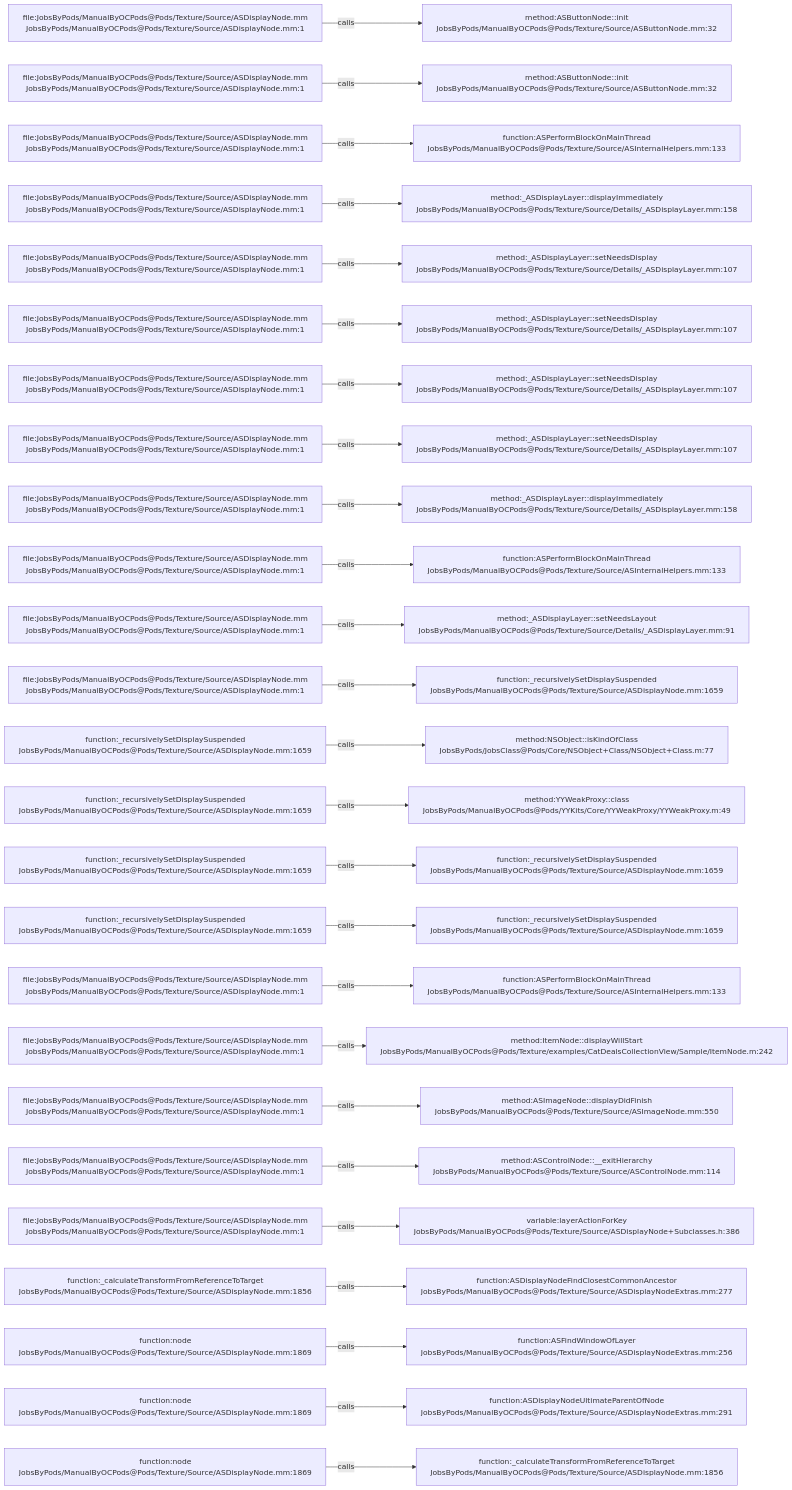
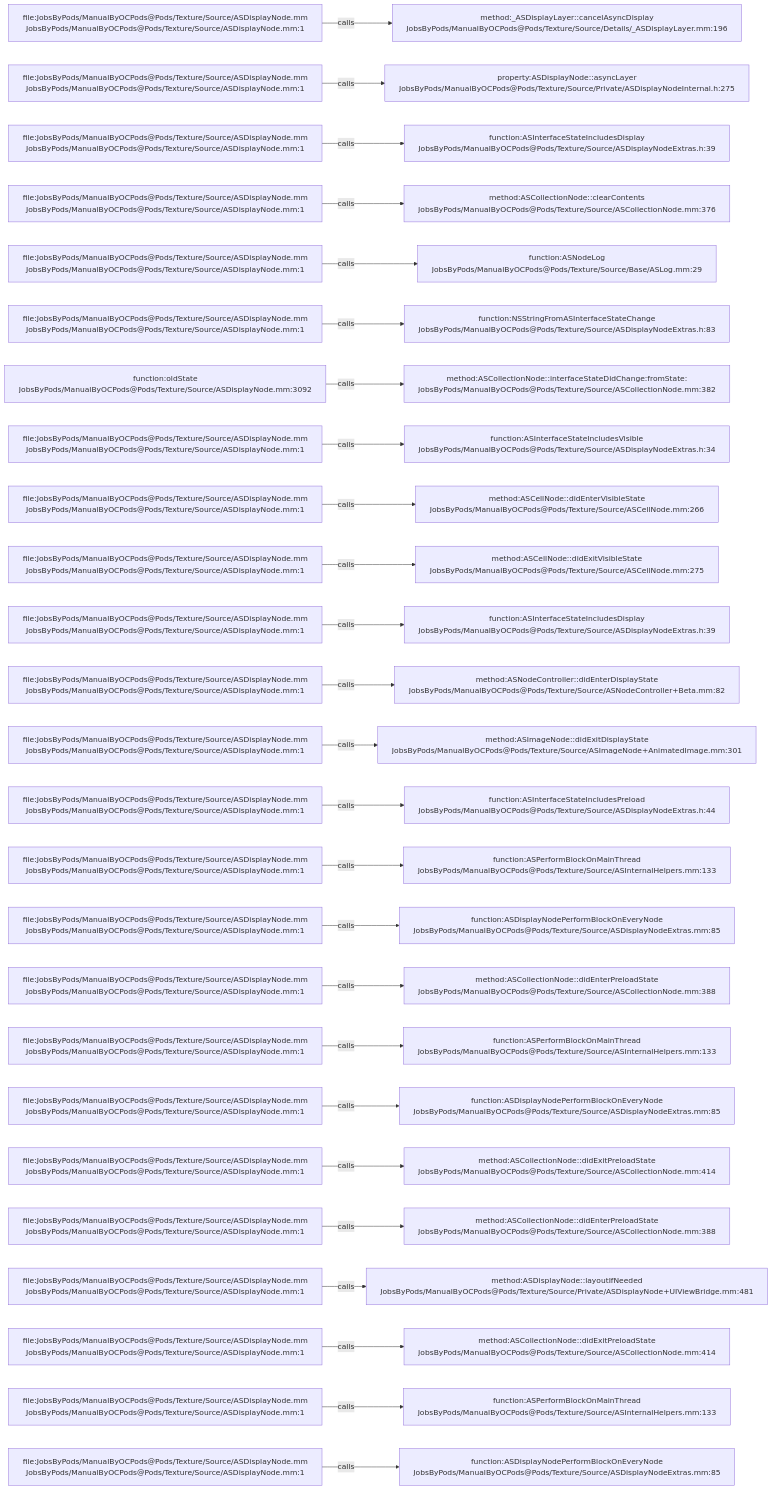
The diagram in .codegraph/codegraph.md/graphs/calls-101.md (JobsKits/JobsOCBaseConfigDemo), drawn with Mermaid before and after one commit. The commit also changed 1353 other files, not shown here.

````diff
--- a/.codegraph/codegraph.md/graphs/calls-101.md
+++ b/.codegraph/codegraph.md/graphs/calls-101.md
@@ -13,78 +13,78 @@
 ```mermaid
 flowchart LR
   S1["file:JobsByPods/ManualByOCPods@Pods/Texture/Source/ASDisplayNode.mm<br/>JobsByPods/ManualByOCPods@Pods/Texture/Source/ASDisplayNode.mm:1"]
-  T1["method:ASButtonNode::init<br/>JobsByPods/ManualByOCPods@Pods/Texture/Source/ASButtonNode.mm:32"]
+  T1["method:_ASDisplayLayer::cancelAsyncDisplay<br/>JobsByPods/ManualByOCPods@Pods/Texture/Source/Details/_ASDisplayLayer.mm:196"]
   S1 -->|calls| T1
   S2["file:JobsByPods/ManualByOCPods@Pods/Texture/Source/ASDisplayNode.mm<br/>JobsByPods/ManualByOCPods@Pods/Texture/Source/ASDisplayNode.mm:1"]
-  T2["method:ASButtonNode::init<br/>JobsByPods/ManualByOCPods@Pods/Texture/Source/ASButtonNode.mm:32"]
+  T2["property:ASDisplayNode::asyncLayer<br/>JobsByPods/ManualByOCPods@Pods/Texture/Source/Private/ASDisplayNodeInternal.h:275"]
   S2 -->|calls| T2
   S3["file:JobsByPods/ManualByOCPods@Pods/Texture/Source/ASDisplayNode.mm<br/>JobsByPods/ManualByOCPods@Pods/Texture/Source/ASDisplayNode.mm:1"]
-  T3["function:ASPerformBlockOnMainThread<br/>JobsByPods/ManualByOCPods@Pods/Texture/Source/ASInternalHelpers.mm:133"]
+  T3["function:ASInterfaceStateIncludesDisplay<br/>JobsByPods/ManualByOCPods@Pods/Texture/Source/ASDisplayNodeExtras.h:39"]
   S3 -->|calls| T3
   S4["file:JobsByPods/ManualByOCPods@Pods/Texture/Source/ASDisplayNode.mm<br/>JobsByPods/ManualByOCPods@Pods/Texture/Source/ASDisplayNode.mm:1"]
-  T4["method:_ASDisplayLayer::displayImmediately<br/>JobsByPods/ManualByOCPods@Pods/Texture/Source/Details/_ASDisplayLayer.mm:158"]
+  T4["method:ASCollectionNode::clearContents<br/>JobsByPods/ManualByOCPods@Pods/Texture/Source/ASCollectionNode.mm:376"]
   S4 -->|calls| T4
   S5["file:JobsByPods/ManualByOCPods@Pods/Texture/Source/ASDisplayNode.mm<br/>JobsByPods/ManualByOCPods@Pods/Texture/Source/ASDisplayNode.mm:1"]
-  T5["method:_ASDisplayLayer::setNeedsDisplay<br/>JobsByPods/ManualByOCPods@Pods/Texture/Source/Details/_ASDisplayLayer.mm:107"]
+  T5["function:ASNodeLog<br/>JobsByPods/ManualByOCPods@Pods/Texture/Source/Base/ASLog.mm:29"]
   S5 -->|calls| T5
   S6["file:JobsByPods/ManualByOCPods@Pods/Texture/Source/ASDisplayNode.mm<br/>JobsByPods/ManualByOCPods@Pods/Texture/Source/ASDisplayNode.mm:1"]
-  T6["method:_ASDisplayLayer::setNeedsDisplay<br/>JobsByPods/ManualByOCPods@Pods/Texture/Source/Details/_ASDisplayLayer.mm:107"]
+  T6["function:NSStringFromASInterfaceStateChange<br/>JobsByPods/ManualByOCPods@Pods/Texture/Source/ASDisplayNodeExtras.h:83"]
   S6 -->|calls| T6
-  S7["file:JobsByPods/ManualByOCPods@Pods/Texture/Source/ASDisplayNode.mm<br/>JobsByPods/ManualByOCPods@Pods/Texture/Source/ASDisplayNode.mm:1"]
-  T7["method:_ASDisplayLayer::setNeedsDisplay<br/>JobsByPods/ManualByOCPods@Pods/Texture/Source/Details/_ASDisplayLayer.mm:107"]
+  S7["function:oldState<br/>JobsByPods/ManualByOCPods@Pods/Texture/Source/ASDisplayNode.mm:3092"]
+  T7["method:ASCollectionNode::interfaceStateDidChange:fromState:<br/>JobsByPods/ManualByOCPods@Pods/Texture/Source/ASCollectionNode.mm:382"]
   S7 -->|calls| T7
   S8["file:JobsByPods/ManualByOCPods@Pods/Texture/Source/ASDisplayNode.mm<br/>JobsByPods/ManualByOCPods@Pods/Texture/Source/ASDisplayNode.mm:1"]
-  T8["method:_ASDisplayLayer::setNeedsDisplay<br/>JobsByPods/ManualByOCPods@Pods/Texture/Source/Details/_ASDisplayLayer.mm:107"]
+  T8["function:ASInterfaceStateIncludesVisible<br/>JobsByPods/ManualByOCPods@Pods/Texture/Source/ASDisplayNodeExtras.h:34"]
   S8 -->|calls| T8
   S9["file:JobsByPods/ManualByOCPods@Pods/Texture/Source/ASDisplayNode.mm<br/>JobsByPods/ManualByOCPods@Pods/Texture/Source/ASDisplayNode.mm:1"]
-  T9["method:_ASDisplayLayer::displayImmediately<br/>JobsByPods/ManualByOCPods@Pods/Texture/Source/Details/_ASDisplayLayer.mm:158"]
+  T9["method:ASCellNode::didEnterVisibleState<br/>JobsByPods/ManualByOCPods@Pods/Texture/Source/ASCellNode.mm:266"]
   S9 -->|calls| T9
   S10["file:JobsByPods/ManualByOCPods@Pods/Texture/Source/ASDisplayNode.mm<br/>JobsByPods/ManualByOCPods@Pods/Texture/Source/ASDisplayNode.mm:1"]
-  T10["function:ASPerformBlockOnMainThread<br/>JobsByPods/ManualByOCPods@Pods/Texture/Source/ASInternalHelpers.mm:133"]
+  T10["method:ASCellNode::didExitVisibleState<br/>JobsByPods/ManualByOCPods@Pods/Texture/Source/ASCellNode.mm:275"]
   S10 -->|calls| T10
   S11["file:JobsByPods/ManualByOCPods@Pods/Texture/Source/ASDisplayNode.mm<br/>JobsByPods/ManualByOCPods@Pods/Texture/Source/ASDisplayNode.mm:1"]
-  T11["method:_ASDisplayLayer::setNeedsLayout<br/>JobsByPods/ManualByOCPods@Pods/Texture/Source/Details/_ASDisplayLayer.mm:91"]
+  T11["function:ASInterfaceStateIncludesDisplay<br/>JobsByPods/ManualByOCPods@Pods/Texture/Source/ASDisplayNodeExtras.h:39"]
   S11 -->|calls| T11
   S12["file:JobsByPods/ManualByOCPods@Pods/Texture/Source/ASDisplayNode.mm<br/>JobsByPods/ManualByOCPods@Pods/Texture/Source/ASDisplayNode.mm:1"]
-  T12["function:_recursivelySetDisplaySuspended<br/>JobsByPods/ManualByOCPods@Pods/Texture/Source/ASDisplayNode.mm:1659"]
+  T12["method:ASNodeController::didEnterDisplayState<br/>JobsByPods/ManualByOCPods@Pods/Texture/Source/ASNodeController+Beta.mm:82"]
   S12 -->|calls| T12
-  S13["function:_recursivelySetDisplaySuspended<br/>JobsByPods/ManualByOCPods@Pods/Texture/Source/ASDisplayNode.mm:1659"]
-  T13["method:NSObject::isKindOfClass<br/>JobsByPods/JobsClass@Pods/Core/NSObject+Class/NSObject+Class.m:77"]
+  S13["file:JobsByPods/ManualByOCPods@Pods/Texture/Source/ASDisplayNode.mm<br/>JobsByPods/ManualByOCPods@Pods/Texture/Source/ASDisplayNode.mm:1"]
+  T13["method:ASImageNode::didExitDisplayState<br/>JobsByPods/ManualByOCPods@Pods/Texture/Source/ASImageNode+AnimatedImage.mm:301"]
   S13 -->|calls| T13
-  S14["function:_recursivelySetDisplaySuspended<br/>JobsByPods/ManualByOCPods@Pods/Texture/Source/ASDisplayNode.mm:1659"]
-  T14["method:YYWeakProxy::class<br/>JobsByPods/ManualByOCPods@Pods/YYKits/Core/YYWeakProxy/YYWeakProxy.m:49"]
+  S14["file:JobsByPods/ManualByOCPods@Pods/Texture/Source/ASDisplayNode.mm<br/>JobsByPods/ManualByOCPods@Pods/Texture/Source/ASDisplayNode.mm:1"]
+  T14["function:ASInterfaceStateIncludesPreload<br/>JobsByPods/ManualByOCPods@Pods/Texture/Source/ASDisplayNodeExtras.h:44"]
   S14 -->|calls| T14
-  S15["function:_recursivelySetDisplaySuspended<br/>JobsByPods/ManualByOCPods@Pods/Texture/Source/ASDisplayNode.mm:1659"]
-  T15["function:_recursivelySetDisplaySuspended<br/>JobsByPods/ManualByOCPods@Pods/Texture/Source/ASDisplayNode.mm:1659"]
+  S15["file:JobsByPods/ManualByOCPods@Pods/Texture/Source/ASDisplayNode.mm<br/>JobsByPods/ManualByOCPods@Pods/Texture/Source/ASDisplayNode.mm:1"]
+  T15["function:ASPerformBlockOnMainThread<br/>JobsByPods/ManualByOCPods@Pods/Texture/Source/ASInternalHelpers.mm:133"]
   S15 -->|calls| T15
-  S16["function:_recursivelySetDisplaySuspended<br/>JobsByPods/ManualByOCPods@Pods/Texture/Source/ASDisplayNode.mm:1659"]
-  T16["function:_recursivelySetDisplaySuspended<br/>JobsByPods/ManualByOCPods@Pods/Texture/Source/ASDisplayNode.mm:1659"]
+  S16["file:JobsByPods/ManualByOCPods@Pods/Texture/Source/ASDisplayNode.mm<br/>JobsByPods/ManualByOCPods@Pods/Texture/Source/ASDisplayNode.mm:1"]
+  T16["function:ASDisplayNodePerformBlockOnEveryNode<br/>JobsByPods/ManualByOCPods@Pods/Texture/Source/ASDisplayNodeExtras.mm:85"]
   S16 -->|calls| T16
   S17["file:JobsByPods/ManualByOCPods@Pods/Texture/Source/ASDisplayNode.mm<br/>JobsByPods/ManualByOCPods@Pods/Texture/Source/ASDisplayNode.mm:1"]
-  T17["function:ASPerformBlockOnMainThread<br/>JobsByPods/ManualByOCPods@Pods/Texture/Source/ASInternalHelpers.mm:133"]
+  T17["method:ASCollectionNode::didEnterPreloadState<br/>JobsByPods/ManualByOCPods@Pods/Texture/Source/ASCollectionNode.mm:388"]
   S17 -->|calls| T17
   S18["file:JobsByPods/ManualByOCPods@Pods/Texture/Source/ASDisplayNode.mm<br/>JobsByPods/ManualByOCPods@Pods/Texture/Source/ASDisplayNode.mm:1"]
-  T18["method:ItemNode::displayWillStart<br/>JobsByPods/ManualByOCPods@Pods/Texture/examples/CatDealsCollectionView/Sample/ItemNode.m:242"]
+  T18["function:ASPerformBlockOnMainThread<br/>JobsByPods/ManualByOCPods@Pods/Texture/Source/ASInternalHelpers.mm:133"]
   S18 -->|calls| T18
   S19["file:JobsByPods/ManualByOCPods@Pods/Texture/Source/ASDisplayNode.mm<br/>JobsByPods/ManualByOCPods@Pods/Texture/Source/ASDisplayNode.mm:1"]
-  T19["method:ASImageNode::displayDidFinish<br/>JobsByPods/ManualByOCPods@Pods/Texture/Source/ASImageNode.mm:550"]
+  T19["function:ASDisplayNodePerformBlockOnEveryNode<br/>JobsByPods/ManualByOCPods@Pods/Texture/Source/ASDisplayNodeExtras.mm:85"]
   S19 -->|calls| T19
   S20["file:JobsByPods/ManualByOCPods@Pods/Texture/Source/ASDisplayNode.mm<br/>JobsByPods/ManualByOCPods@Pods/Texture/Source/ASDisplayNode.mm:1"]
-  T20["method:ASControlNode::__exitHierarchy<br/>JobsByPods/ManualByOCPods@Pods/Texture/Source/ASControlNode.mm:114"]
+  T20["method:ASCollectionNode::didExitPreloadState<br/>JobsByPods/ManualByOCPods@Pods/Texture/Source/ASCollectionNode.mm:414"]
   S20 -->|calls| T20
   S21["file:JobsByPods/ManualByOCPods@Pods/Texture/Source/ASDisplayNode.mm<br/>JobsByPods/ManualByOCPods@Pods/Texture/Source/ASDisplayNode.mm:1"]
-  T21["variable:layerActionForKey<br/>JobsByPods/ManualByOCPods@Pods/Texture/Source/ASDisplayNode+Subclasses.h:386"]
+  T21["method:ASCollectionNode::didEnterPreloadState<br/>JobsByPods/ManualByOCPods@Pods/Texture/Source/ASCollectionNode.mm:388"]
   S21 -->|calls| T21
-  S22["function:_calculateTransformFromReferenceToTarget<br/>JobsByPods/ManualByOCPods@Pods/Texture/Source/ASDisplayNode.mm:1856"]
-  T22["function:ASDisplayNodeFindClosestCommonAncestor<br/>JobsByPods/ManualByOCPods@Pods/Texture/Source/ASDisplayNodeExtras.mm:277"]
+  S22["file:JobsByPods/ManualByOCPods@Pods/Texture/Source/ASDisplayNode.mm<br/>JobsByPods/ManualByOCPods@Pods/Texture/Source/ASDisplayNode.mm:1"]
+  T22["method:ASDisplayNode::layoutIfNeeded<br/>JobsByPods/ManualByOCPods@Pods/Texture/Source/Private/ASDisplayNode+UIViewBridge.mm:481"]
   S22 -->|calls| T22
-  S23["function:node<br/>JobsByPods/ManualByOCPods@Pods/Texture/Source/ASDisplayNode.mm:1869"]
-  T23["function:ASFindWindowOfLayer<br/>JobsByPods/ManualByOCPods@Pods/Texture/Source/ASDisplayNodeExtras.mm:256"]
+  S23["file:JobsByPods/ManualByOCPods@Pods/Texture/Source/ASDisplayNode.mm<br/>JobsByPods/ManualByOCPods@Pods/Texture/Source/ASDisplayNode.mm:1"]
+  T23["method:ASCollectionNode::didExitPreloadState<br/>JobsByPods/ManualByOCPods@Pods/Texture/Source/ASCollectionNode.mm:414"]
   S23 -->|calls| T23
-  S24["function:node<br/>JobsByPods/ManualByOCPods@Pods/Texture/Source/ASDisplayNode.mm:1869"]
-  T24["function:ASDisplayNodeUltimateParentOfNode<br/>JobsByPods/ManualByOCPods@Pods/Texture/Source/ASDisplayNodeExtras.mm:291"]
+  S24["file:JobsByPods/ManualByOCPods@Pods/Texture/Source/ASDisplayNode.mm<br/>JobsByPods/ManualByOCPods@Pods/Texture/Source/ASDisplayNode.mm:1"]
+  T24["function:ASPerformBlockOnMainThread<br/>JobsByPods/ManualByOCPods@Pods/Texture/Source/ASInternalHelpers.mm:133"]
   S24 -->|calls| T24
-  S25["function:node<br/>JobsByPods/ManualByOCPods@Pods/Texture/Source/ASDisplayNode.mm:1869"]
-  T25["function:_calculateTransformFromReferenceToTarget<br/>JobsByPods/ManualByOCPods@Pods/Texture/Source/ASDisplayNode.mm:1856"]
+  S25["file:JobsByPods/ManualByOCPods@Pods/Texture/Source/ASDisplayNode.mm<br/>JobsByPods/ManualByOCPods@Pods/Texture/Source/ASDisplayNode.mm:1"]
+  T25["function:ASDisplayNodePerformBlockOnEveryNode<br/>JobsByPods/ManualByOCPods@Pods/Texture/Source/ASDisplayNodeExtras.mm:85"]
   S25 -->|calls| T25
 ```
````
